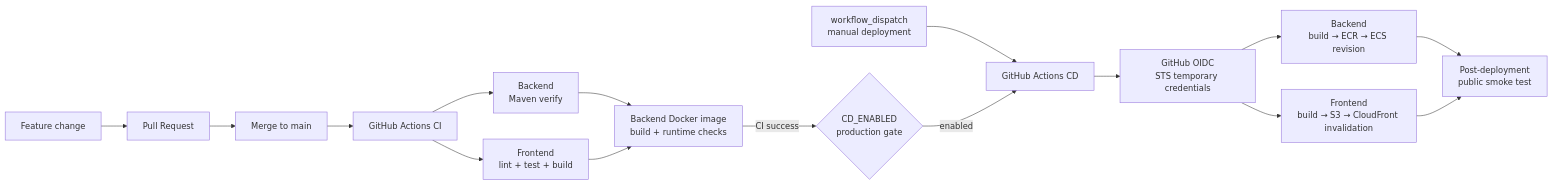
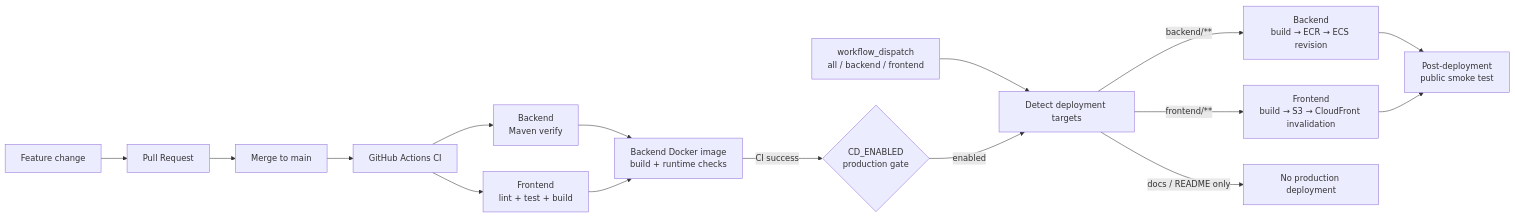
Before and after one commit to chen980729/aws-spring-personality-test: the second of 2 diagrams in docs/architecture.md, drawn with Mermaid. The commit also changed other lines of this file and 4 other files, not shown here.

````diff
--- a/docs/architecture.md
+++ b/docs/architecture.md
@@ -91,21 +91,21 @@
 ```mermaid
 flowchart LR
     Change["Feature change"] --> PR["Pull Request"]
     PR --> Main["Merge to main"]
     Main --> CI["GitHub Actions CI"]
 
     CI --> BackendCI["Backend<br/>Maven verify"]
     CI --> FrontendCI["Frontend<br/>lint + test + build"]
     BackendCI --> DockerCI["Backend Docker image<br/>build + runtime checks"]
     FrontendCI --> DockerCI
 
     DockerCI -->|"CI success"| Gate{"CD_ENABLED<br/>production gate"}
-    Manual["workflow_dispatch<br/>manual deployment"] --> CD["GitHub Actions CD"]
-    Gate -->|"enabled"| CD
+    Manual["workflow_dispatch<br/>all / backend / frontend"] --> Detect["Detect deployment targets"]
+    Gate -->|"enabled"| Detect
 
-    CD --> OIDC["GitHub OIDC<br/>STS temporary credentials"]
-    OIDC --> BackendCD["Backend<br/>build → ECR → ECS revision"]
-    OIDC --> FrontendCD["Frontend<br/>build → S3 → CloudFront invalidation"]
+    Detect -->|"backend/**"| BackendCD["Backend<br/>build → ECR → ECS revision"]
+    Detect -->|"frontend/**"| FrontendCD["Frontend<br/>build → S3 → CloudFront invalidation"]
+    Detect -->|"docs / README only"| Skip["No production deployment"]
     BackendCD --> Smoke["Post-deployment<br/>public smoke test"]
     FrontendCD --> Smoke
 ```
````
